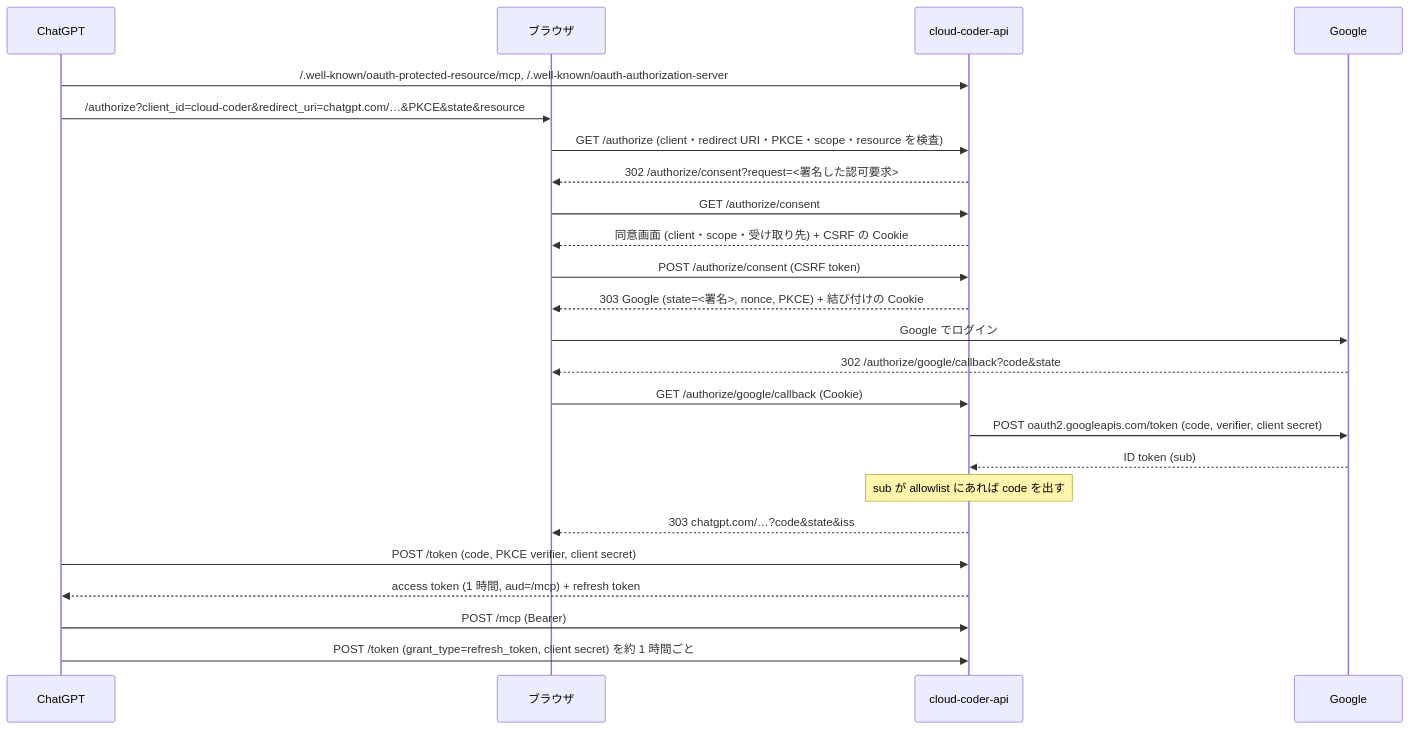
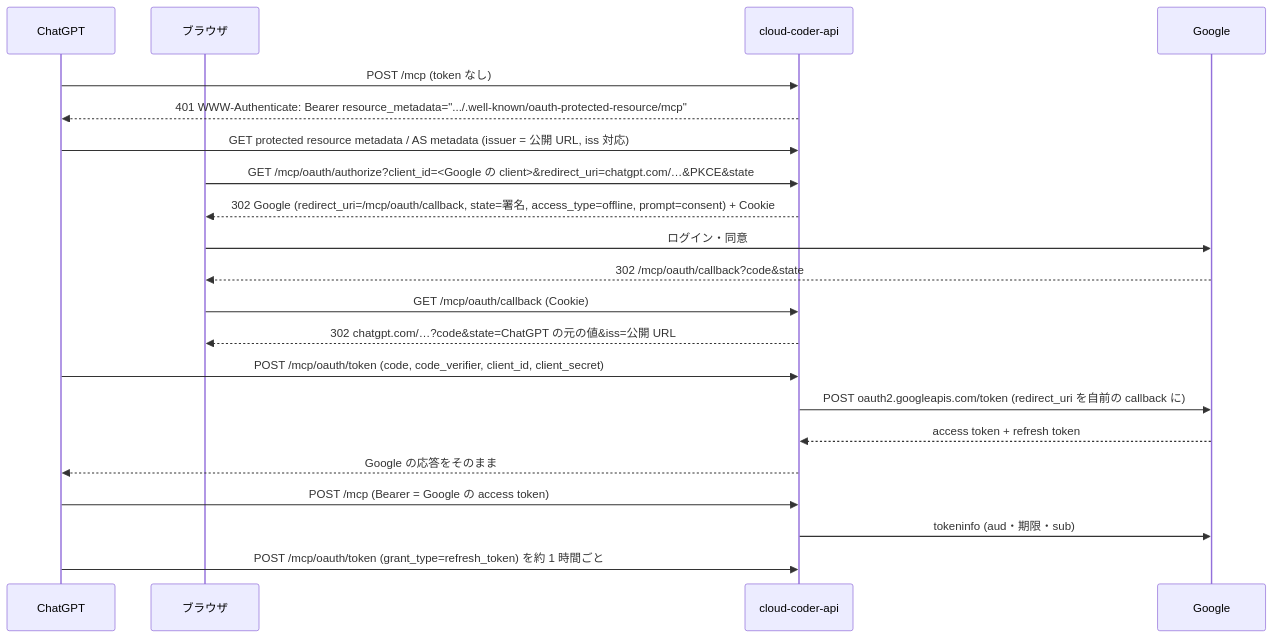
One commit to TTRSQ/cloud-coder changed the diagram in docs/mcp-oauth.md. Above: the diagram before and after it, drawn with Mermaid. The commit also changed other lines of this file and 10 other files, not shown here.

First line of the commit message:
Relay /mcp OAuth to Google, as Trillion OS does

````diff
--- a/docs/mcp-oauth.md
+++ b/docs/mcp-oauth.md
@@ -19,26 +20,23 @@
 ```mermaid
 sequenceDiagram
   participant C as ChatGPT
   participant B as ブラウザ
   participant S as cloud-coder-api
   participant G as Google
-  C->>S: /.well-known/oauth-protected-resource/mcp, /.well-known/oauth-authorization-server
-  C->>B: /authorize?client_id=cloud-coder&redirect_uri=chatgpt.com/…&PKCE&state&resource
-  B->>S: GET /authorize (client・redirect URI・PKCE・scope・resource を検査)
-  S-->>B: 302 /authorize/consent?request=<署名した認可要求>
-  B->>S: GET /authorize/consent
-  S-->>B: 同意画面 (client・scope・受け取り先) + CSRF の Cookie
-  B->>S: POST /authorize/consent (CSRF token)
-  S-->>B: 303 Google (state=<署名>, nonce, PKCE) + 結び付けの Cookie
-  B->>G: Google でログイン
-  G-->>B: 302 /authorize/google/callback?code&state
-  B->>S: GET /authorize/google/callback (Cookie)
-  S->>G: POST oauth2.googleapis.com/token (code, verifier, client secret)
-  G-->>S: ID token (sub)
-  Note over S: sub が allowlist にあれば code を出す
-  S-->>B: 303 chatgpt.com/…?code&state&iss
-  C->>S: POST /token (code, PKCE verifier, client secret)
-  S-->>C: access token (1 時間, aud=/mcp) + refresh token
-  C->>S: POST /mcp (Bearer)
-  C->>S: POST /token (grant_type=refresh_token, client secret) を約 1 時間ごと
+  C->>S: POST /mcp (token なし)
+  S-->>C: 401 WWW-Authenticate: Bearer resource_metadata=".../.well-known/oauth-protected-resource/mcp"
+  C->>S: GET protected resource metadata / AS metadata (issuer = 公開 URL, iss 対応)
+  B->>S: GET /mcp/oauth/authorize?client_id=<Google の client>&redirect_uri=chatgpt.com/…&PKCE&state
+  S-->>B: 302 Google (redirect_uri=/mcp/oauth/callback, state=署名, access_type=offline, prompt=consent) + Cookie
+  B->>G: ログイン・同意
+  G-->>B: 302 /mcp/oauth/callback?code&state
+  B->>S: GET /mcp/oauth/callback (Cookie)
+  S-->>B: 302 chatgpt.com/…?code&state=ChatGPT の元の値&iss=公開 URL
+  C->>S: POST /mcp/oauth/token (code, code_verifier, client_id, client_secret)
+  S->>G: POST oauth2.googleapis.com/token (redirect_uri を自前の callback に)
+  G-->>S: access token + refresh token
+  S-->>C: Google の応答をそのまま
+  C->>S: POST /mcp (Bearer = Google の access token)
+  S->>G: tokeninfo (aud・期限・sub)
+  C->>S: POST /mcp/oauth/token (grant_type=refresh_token) を約 1 時間ごと
 ```
````
